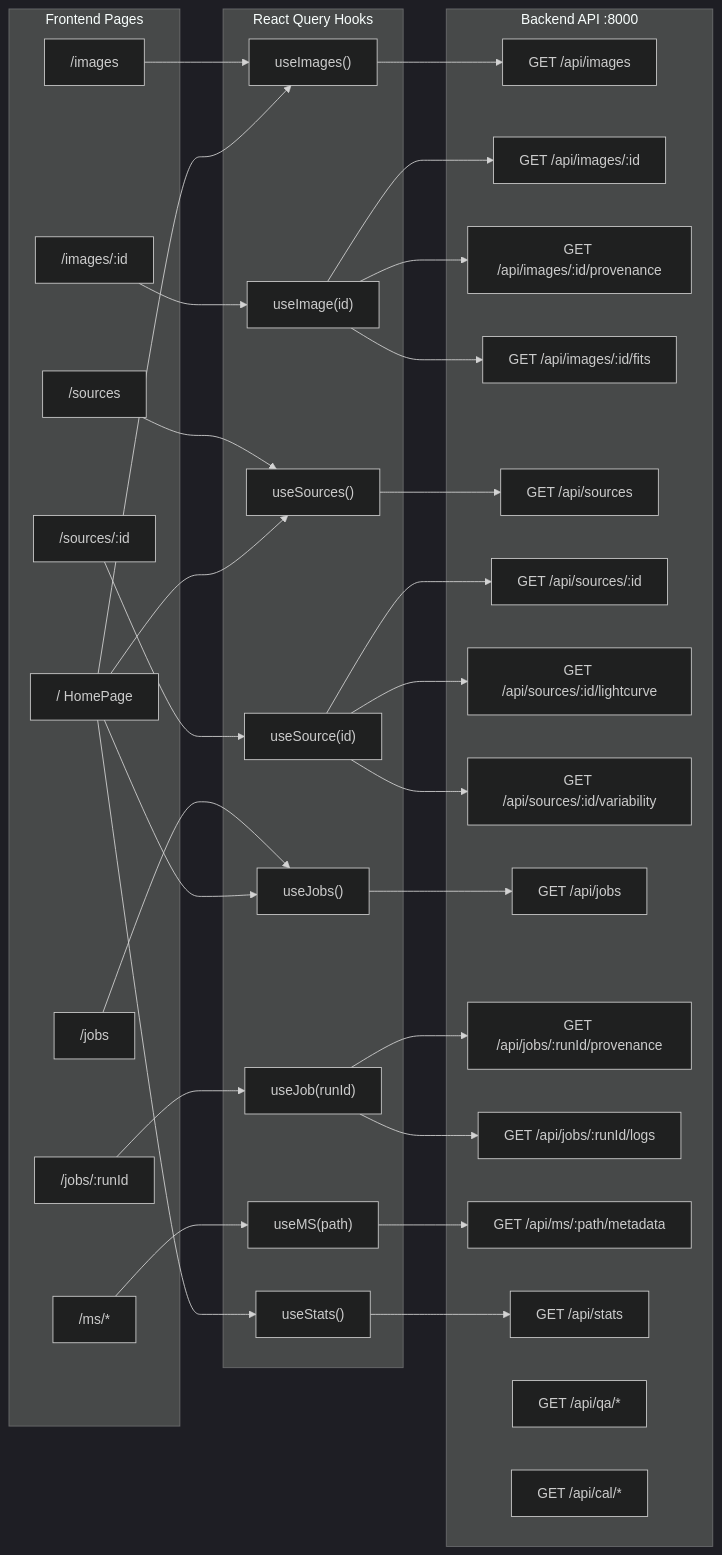
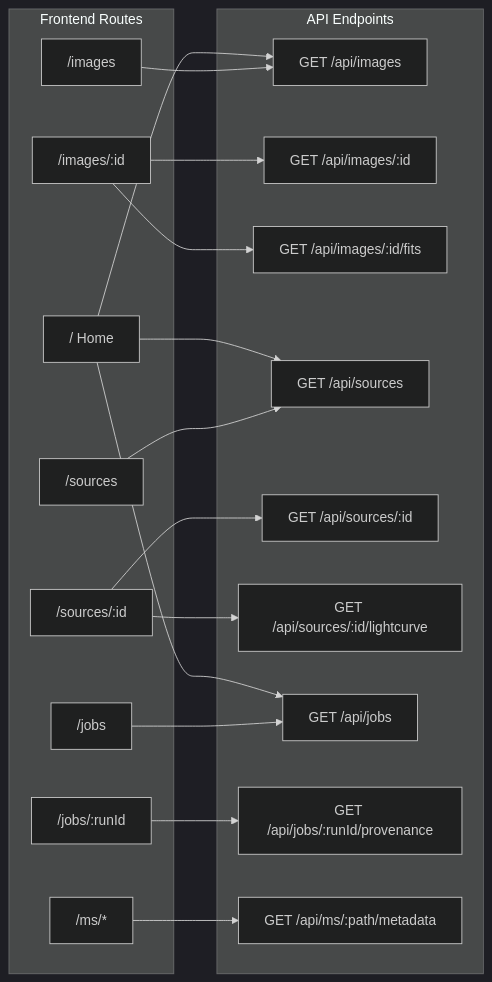
Before and after one commit to dsa110/dsa110-contimg: the third of 8 diagrams in frontend/docs/ARCHITECTURE.md, drawn with Mermaid (dark theme). The commit also changed other lines of this file and 1 other file, not shown here.

Commit message:
fix: update API proxy target to point to FastAPI backend at port 8000

````diff
--- a/frontend/docs/ARCHITECTURE.md
+++ b/frontend/docs/ARCHITECTURE.md
@@ -95,60 +90,34 @@
 ```mermaid
 flowchart LR
-    subgraph Pages["Frontend Pages"]
-        HP["/ HomePage"]
-        ILP["/images"]
-        IDP["/images/:id"]
-        SLP["/sources"]  
-        SDP["/sources/:id"]
-        JLP["/jobs"]
-        JDP["/jobs/:runId"]
-        MDP["/ms/*"]
+    subgraph FrontendPages["Frontend Routes"]
+        P1["/ Home"]
+        P2["/images"]
+        P3["/images/:id"]
+        P4["/sources"]
+        P5["/sources/:id"]
+        P6["/jobs"]
+        P7["/jobs/:runId"]
+        P8["/ms/*"]
     end
-    
-    subgraph Hooks["React Query Hooks"]
-        uI["useImages()"]
-        uImg["useImage(id)"]
-        uS["useSources()"]
-        uSrc["useSource(id)"]
-        uJ["useJobs()"]
-        uJob["useJob(runId)"]
-        uMS["useMS(path)"]
-        uStat["useStats()"]
+
+    subgraph APIEndpoints["API Endpoints"]
+        E2["GET /api/images"]
+        E3["GET /api/images/:id"]
+        E4["GET /api/images/:id/fits"]
+        E5["GET /api/sources"]
+        E6["GET /api/sources/:id"]
+        E7["GET /api/sources/:id/lightcurve"]
+        E8["GET /api/jobs"]
+        E9["GET /api/jobs/:runId/provenance"]
+        E10["GET /api/ms/:path/metadata"]
     end
-    
-    subgraph API["Backend API :8000"]
-        EI["GET /api/images"]
-        EID["GET /api/images/:id"]
-        EIDP["GET /api/images/:id/provenance"]
-        EIDF["GET /api/images/:id/fits"]
-        ES["GET /api/sources"]
-        ESD["GET /api/sources/:id"]
-        ESDL["GET /api/sources/:id/lightcurve"]
-        ESDV["GET /api/sources/:id/variability"]
-        EJ["GET /api/jobs"]
-        EJD["GET /api/jobs/:runId/provenance"]
-        EJL["GET /api/jobs/:runId/logs"]
-        EM["GET /api/ms/:path/metadata"]
-        EST["GET /api/stats"]
-        EQ["GET /api/qa/*"]
-        EC["GET /api/cal/*"]
-    end
-    
-    HP --> uI & uS & uJ & uStat
-    ILP --> uI
-    IDP --> uImg
-    SLP --> uS
-    SDP --> uSrc
-    JLP --> uJ
-    JDP --> uJob
-    MDP --> uMS
-    
-    uI --> EI
-    uImg --> EID & EIDP & EIDF
-    uS --> ES
-    uSrc --> ESD & ESDL & ESDV
-    uJ --> EJ
-    uJob --> EJD & EJL
-    uMS --> EM
-    uStat --> EST
+
+    P1 --> E2 & E5 & E8
+    P2 --> E2
+    P3 --> E3 & E4
+    P4 --> E5
+    P5 --> E6 & E7
+    P6 --> E8
+    P7 --> E9
+    P8 --> E10
 ```
````
